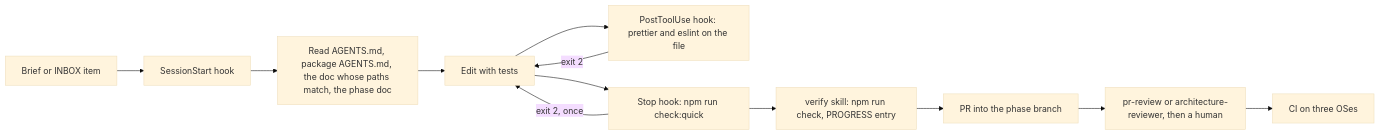
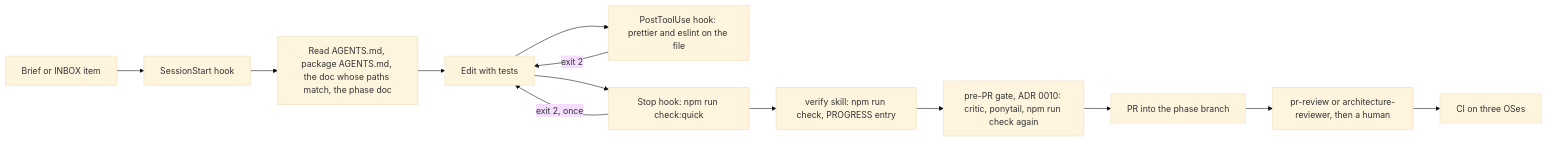
The diagram in docs/architecture/16-agentic-harness.md (SamarjitBhogal/eternalus), drawn with Mermaid (base theme) before and after one commit. The commit also changed other lines of this file and 16 other files, not shown here.

First line of the commit message:
docs(docs): add the pre-PR gate (ADR 0010) and documentation longevity (ADR 0011)

````diff
--- a/docs/architecture/16-agentic-harness.md
+++ b/docs/architecture/16-agentic-harness.md
@@ -47,14 +47,15 @@
 ```mermaid
 flowchart LR
   A[Brief or INBOX item] --> B[SessionStart hook]
   B --> C[Read AGENTS.md, package AGENTS.md, the doc whose paths match, the phase doc]
   C --> D[Edit with tests]
   D --> E[PostToolUse hook: prettier and eslint on the file]
   E -->|exit 2| D
   D --> F[Stop hook: npm run check:quick]
   F -->|exit 2, once| D
   F --> G[verify skill: npm run check, PROGRESS entry]
-  G --> H[PR into the phase branch]
+  G --> G2[pre-PR gate, ADR 0010: critic, ponytail, npm run check again]
+  G2 --> H[PR into the phase branch]
   H --> I[pr-review or architecture-reviewer, then a human]
   I --> J[CI on three OSes]
 ```
````
